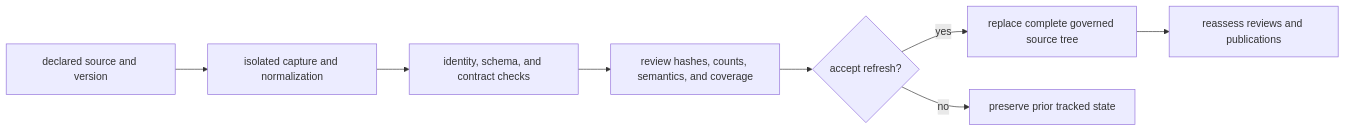
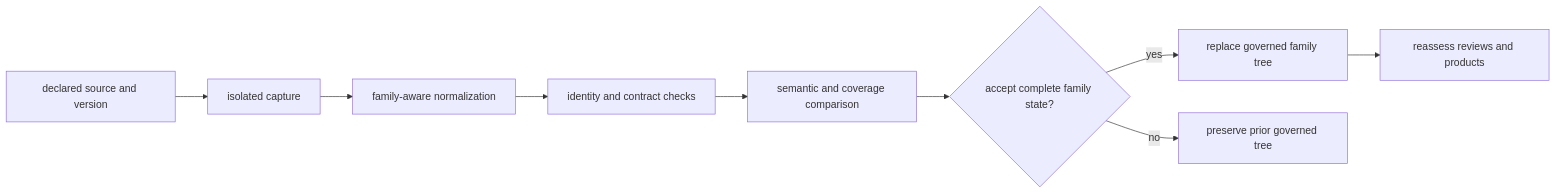
The first of 2 diagrams in docs/public/pollenomics-data/overview/source-selection-and-refresh.md (bijux/bijux-pollenomics), drawn with Mermaid before and after one commit. The commit also changed other lines of this file and 2 other files, not shown here.

````diff
--- a/docs/public/pollenomics-data/overview/source-selection-and-refresh.md
+++ b/docs/public/pollenomics-data/overview/source-selection-and-refresh.md
@@ -33,10 +36,11 @@
 ```mermaid
 flowchart LR
-    Select["declared source and version"] --> Stage["isolated capture and normalization"]
-    Stage --> Validate["identity, schema, and contract checks"]
-    Validate --> Compare["review hashes, counts, semantics, and coverage"]
-    Compare --> Replace{"accept refresh?"}
-    Replace -->|yes| Governed["replace complete governed source tree"]
-    Replace -->|no| Preserve["preserve prior tracked state"]
-    Governed --> Reassess["reassess reviews and publications"]
+    Declare["declared source and version"] --> Stage["isolated capture"]
+    Stage --> Normalize["family-aware normalization"]
+    Normalize --> Validate["identity and contract checks"]
+    Validate --> Compare["semantic and coverage comparison"]
+    Compare --> Decision{"accept complete family state?"}
+    Decision -->|yes| Replace["replace governed family tree"]
+    Decision -->|no| Preserve["preserve prior governed tree"]
+    Replace --> Reassess["reassess reviews and products"]
 ```
````
